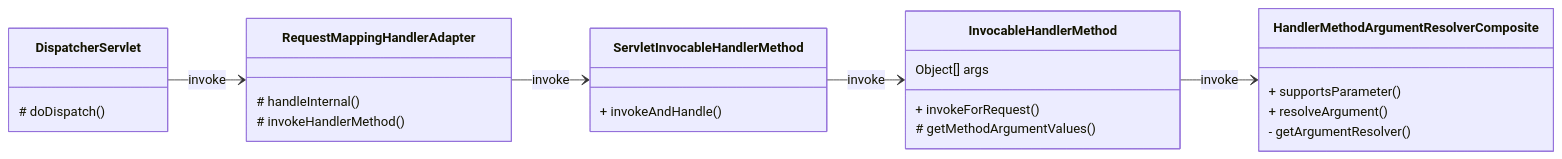
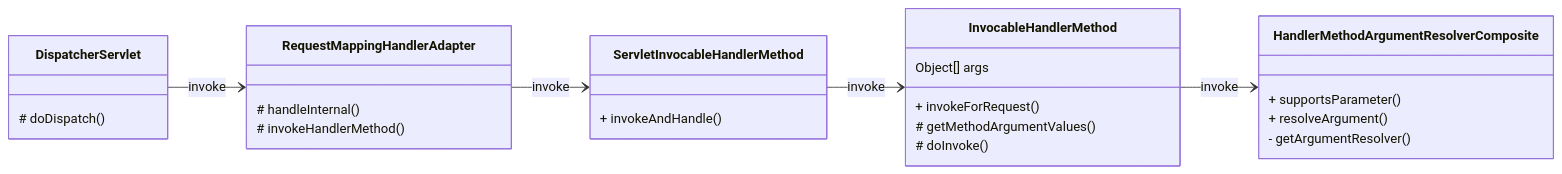
The tenth of 29 diagrams in DevTech/Spring.md (domeniczz/learnJavaDev), drawn with Mermaid before and after one commit. The commit also changed other lines of this file, not shown here.

````diff
--- a/DevTech/Spring.md
+++ b/DevTech/Spring.md
@@ -5825,28 +6056,29 @@
 ```mermaid
 classDiagram
   direction LR
   class DispatcherServlet {
     # doDispatch()
   }
   class RequestMappingHandlerAdapter {
     # handleInternal()
     # invokeHandlerMethod()
   }
   class ServletInvocableHandlerMethod {
     + invokeAndHandle()
   }
   class InvocableHandlerMethod {
     Object[] args
     + invokeForRequest()
     # getMethodArgumentValues()
+    # doInvoke()
   }
   class HandlerMethodArgumentResolverComposite {
     + supportsParameter()
     + resolveArgument()
     - getArgumentResolver()
   }
   DispatcherServlet --> RequestMappingHandlerAdapter : invoke
   RequestMappingHandlerAdapter --> ServletInvocableHandlerMethod : invoke
   ServletInvocableHandlerMethod --> InvocableHandlerMethod : invoke
   InvocableHandlerMethod --> HandlerMethodArgumentResolverComposite : invoke
 ```
````
